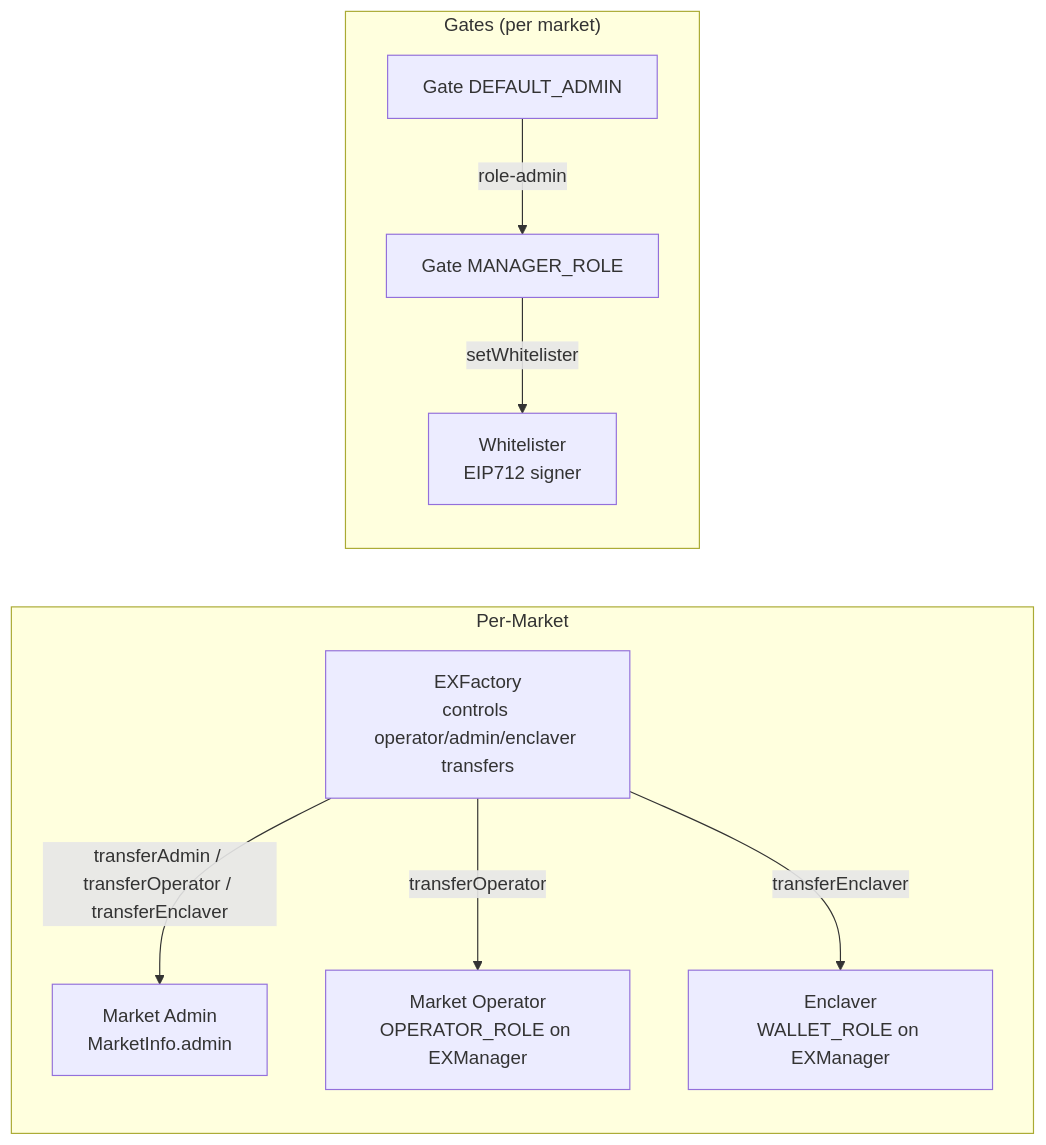
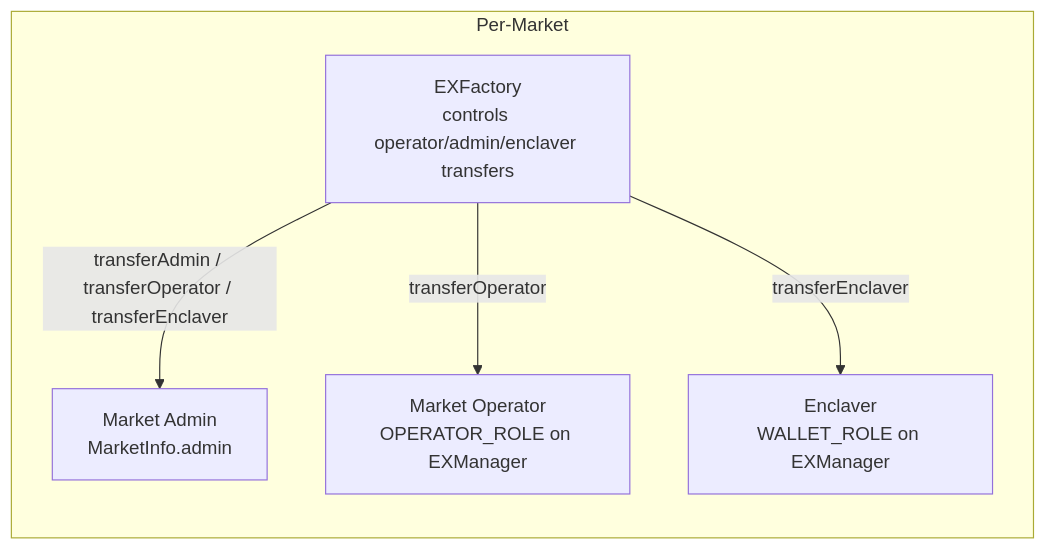
The second of 13 diagrams in SPECIFICATION.md (Nunchi-trade/launch-template), drawn with Mermaid before and after one commit. The commit also changed other lines of this file and 1 other file, not shown here.

First line of the commit message:
docs: trim gates from Actors & Roles, drop standard-gates detail, swap USDH for USDC

````diff
--- a/SPECIFICATION.md
+++ b/SPECIFICATION.md
@@ -161,19 +161,12 @@
 ```mermaid
 graph LR
     subgraph "Per-Market"
         FACTORY[EXFactory<br/>controls operator/admin/enclaver transfers]
         MARKET_ADMIN[Market Admin<br/>MarketInfo.admin]
         MARKET_OP[Market Operator<br/>OPERATOR_ROLE on EXManager]
         WALLET_ROLE_HOLDER[Enclaver<br/>WALLET_ROLE on EXManager]
     end
-    subgraph "Gates (per market)"
-        GATE_ADMIN[Gate DEFAULT_ADMIN]
-        GATE_MGR[Gate MANAGER_ROLE]
-        WHITELISTER[Whitelister<br/>EIP712 signer]
-    end
     FACTORY -->|transferAdmin / transferOperator / transferEnclaver| MARKET_ADMIN
     FACTORY -->|transferOperator| MARKET_OP
     FACTORY -->|transferEnclaver| WALLET_ROLE_HOLDER
-    GATE_ADMIN -->|role-admin| GATE_MGR
-    GATE_MGR -->|setWhitelister| WHITELISTER
 ```
````
